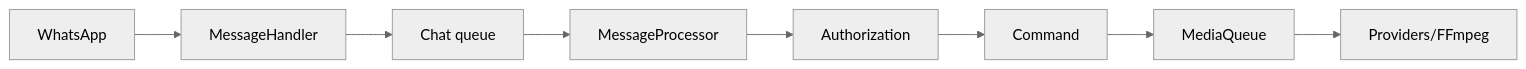
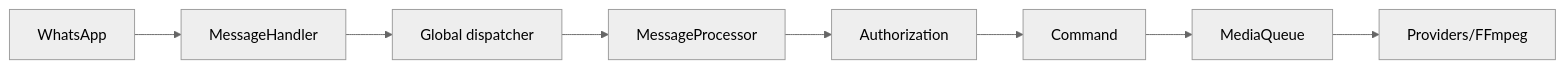
The diagram in docs/ar/architecture.md (hiudyy/misa), drawn with Mermaid (neutral theme) before and after one commit. The commit also changed other lines of this file and 72 other files, not shown here.

````diff
--- a/docs/ar/architecture.md
+++ b/docs/ar/architecture.md
@@ -6,10 +6,10 @@
 ```mermaid
 flowchart LR
  WA[WhatsApp] --> MH[MessageHandler]
- MH --> CQ[Chat queue]
+ MH --> CQ[Global dispatcher]
  CQ --> MP[MessageProcessor]
  MP --> A[Authorization]
  A --> C[Command]
  C --> MQ[MediaQueue]
  MQ --> P[Providers/FFmpeg]
 ```
````
